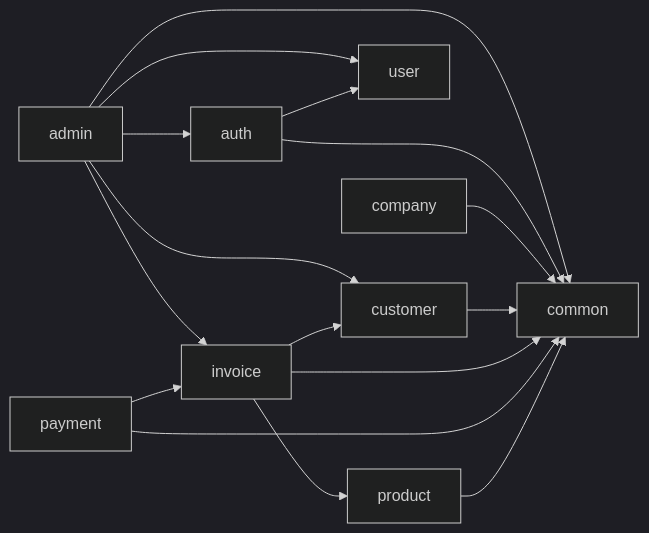
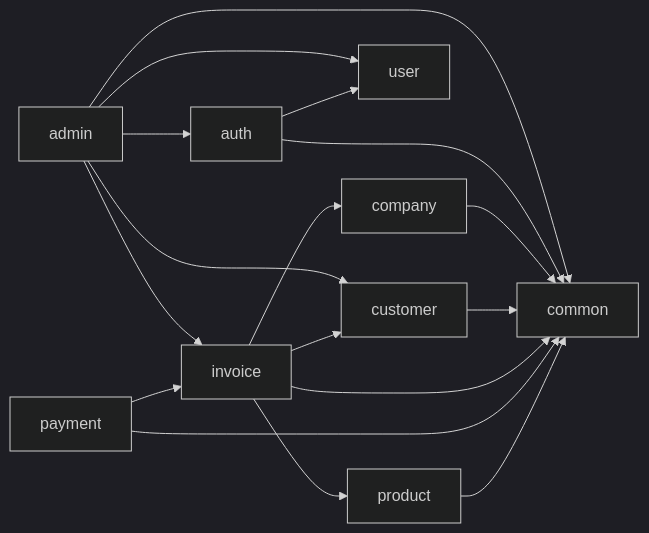
Before and after one commit to BrahimNJ/InvoiceFlow: the first of 3 diagrams in docs/architecture.md, drawn with Mermaid (dark theme). The commit also changed 15 other files, not shown here.

````diff
--- a/docs/architecture.md
+++ b/docs/architecture.md
@@ -32,18 +32,19 @@
 ```mermaid
 flowchart LR
     admin --> auth
     admin --> common
     admin --> customer
     admin --> invoice
     admin --> user
     auth --> common
     auth --> user
     company --> common
     customer --> common
     invoice --> common
+    invoice --> company
     invoice --> customer
     invoice --> product
     payment --> common
     payment --> invoice
     product --> common
 ```
````
